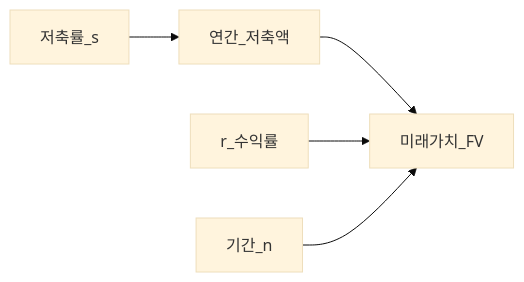
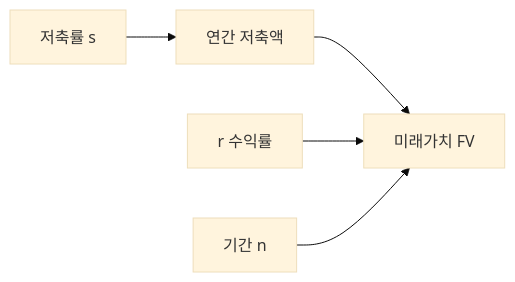
Before and after one commit to goldanghenry/Finances: the second of 4 diagrams in 01-foundations/cash-flow-basics.md, drawn with Mermaid (base theme). The commit also changed other lines of this file and 211 other files, not shown here.

````diff
--- a/01-foundations/cash-flow-basics.md
+++ b/01-foundations/cash-flow-basics.md
@@ -147,7 +156,7 @@
 ```mermaid
 flowchart LR
-  SR[저축률_s] --> PMT[연간_저축액]
-  PMT --> FV[미래가치_FV]
-  R[r_수익률] --> FV
-  N[기간_n] --> FV
+  SR["저축률 s"] --> PMT["연간 저축액"]
+  PMT --> FV["미래가치 FV"]
+  R["r 수익률"] --> FV
+  N["기간 n"] --> FV
 ```
````
